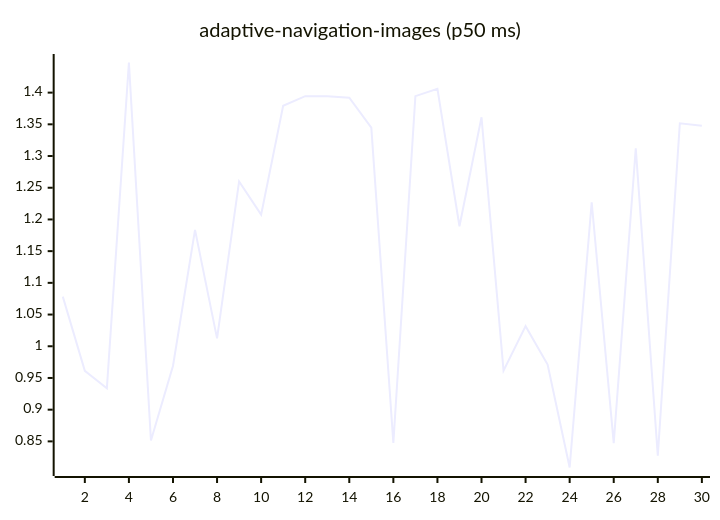
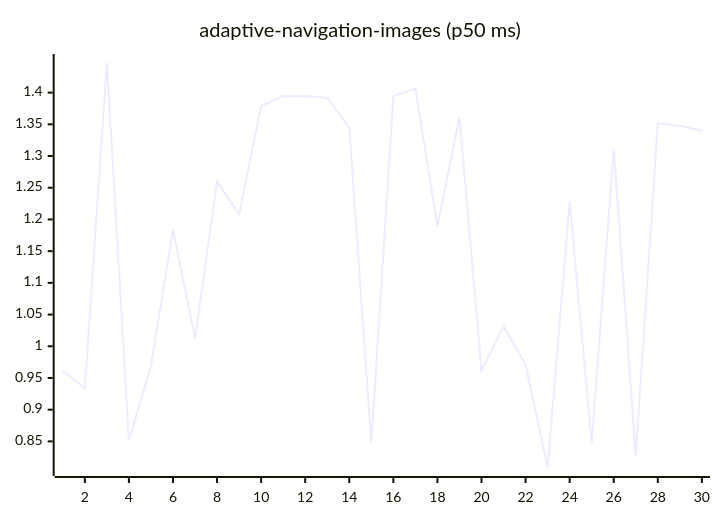
One commit to josha/Facet changed the first of 27 diagrams in README.md. Above: the diagram before and after it, drawn with Mermaid. The commit also changed other lines of this file and 2 other files, not shown here.

````diff
--- a/README.md
+++ b/README.md
@@ -63,6 +63,6 @@
 ```mermaid
 xychart-beta
     title "adaptive-navigation-images (p50 ms)"
     x-axis 1 --> 30
-    line [1.0783, 0.9612, 0.9339, 1.4475, 0.8514, 0.9690, 1.1835, 1.0125, 1.2600, 1.2076, 1.3793, 1.3944, 1.3942, 1.3921, 1.3447, 0.8475, 1.3944, 1.4060, 1.1893, 1.3612, 0.9615, 1.0317, 0.9711, 0.8088, 1.2271, 0.8473, 1.3121, 0.8274, 1.3515, 1.3479]
+    line [0.9612, 0.9339, 1.4475, 0.8514, 0.9690, 1.1835, 1.0125, 1.2600, 1.2076, 1.3793, 1.3944, 1.3942, 1.3921, 1.3447, 0.8475, 1.3944, 1.4060, 1.1893, 1.3612, 0.9615, 1.0317, 0.9711, 0.8088, 1.2271, 0.8473, 1.3121, 0.8274, 1.3515, 1.3479, 1.3395]
 ```
````
